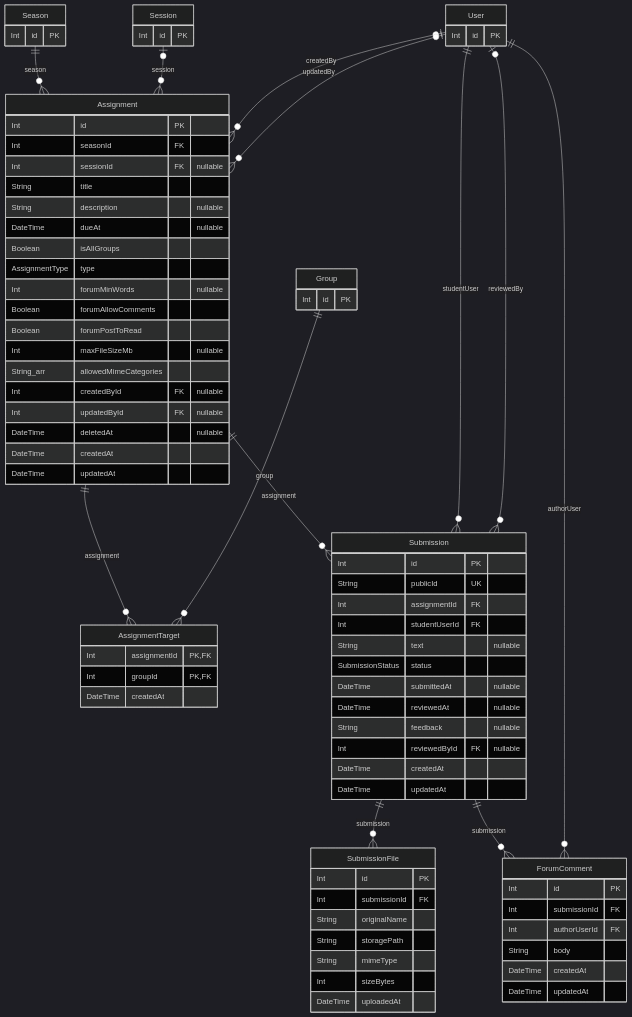
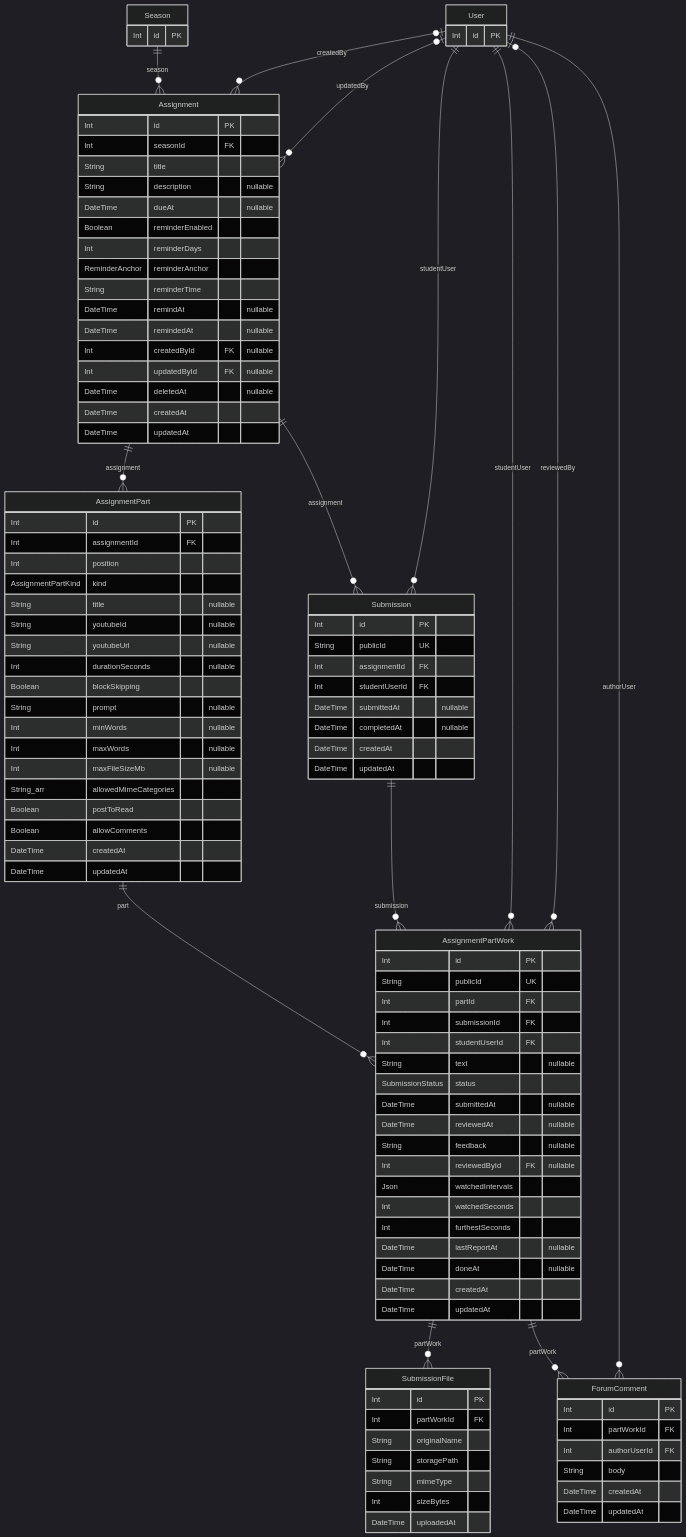
One commit to MarkBotros0/space-v2 changed the fourth of 7 diagrams in docs/database/erd.md. Above: the diagram before and after it, drawn with Mermaid (dark theme). The commit also changed other lines of this file and 14 other files, not shown here.

````diff
--- a/docs/database/erd.md
+++ b/docs/database/erd.md
@@ -284,46 +289,71 @@
 ```mermaid
 erDiagram
   Season ||--o{ Assignment : "season"
-  Session |o--o{ Assignment : "session"
   User |o--o{ Assignment : "createdBy"
   User |o--o{ Assignment : "updatedBy"
-  Assignment ||--o{ AssignmentTarget : "assignment"
-  Group ||--o{ AssignmentTarget : "group"
+  Assignment ||--o{ AssignmentPart : "assignment"
   Assignment ||--o{ Submission : "assignment"
   User ||--o{ Submission : "studentUser"
-  User |o--o{ Submission : "reviewedBy"
-  Submission ||--o{ SubmissionFile : "submission"
-  Submission ||--o{ ForumComment : "submission"
+  AssignmentPart ||--o{ AssignmentPartWork : "part"
+  Submission ||--o{ AssignmentPartWork : "submission"
+  User ||--o{ AssignmentPartWork : "studentUser"
+  User |o--o{ AssignmentPartWork : "reviewedBy"
+  AssignmentPartWork ||--o{ SubmissionFile : "partWork"
+  AssignmentPartWork ||--o{ ForumComment : "partWork"
   User ||--o{ ForumComment : "authorUser"
   Assignment {
     Int id PK
     Int seasonId FK
-    Int sessionId FK "nullable"
     String title
     String description "nullable"
     DateTime dueAt "nullable"
-    Boolean isAllGroups
-    AssignmentType type
-    Int forumMinWords "nullable"
-    Boolean forumAllowComments
-    Boolean forumPostToRead
-    Int maxFileSizeMb "nullable"
-    String_arr allowedMimeCategories
+    Boolean reminderEnabled
+    Int reminderDays
+    ReminderAnchor reminderAnchor
+    String reminderTime
+    DateTime remindAt "nullable"
+    DateTime remindedAt "nullable"
     Int createdById FK "nullable"
     Int updatedById FK "nullable"
     DateTime deletedAt "nullable"
     DateTime createdAt
     DateTime updatedAt
   }
-  AssignmentTarget {
-    Int assignmentId PK, FK
-    Int groupId PK, FK
+  AssignmentPart {
+    Int id PK
+    Int assignmentId FK
+    Int position
+    AssignmentPartKind kind
+    String title "nullable"
+    String youtubeId "nullable"
+    String youtubeUrl "nullable"
+    Int durationSeconds "nullable"
+    Boolean blockSkipping
+    String prompt "nullable"
+    Int minWords "nullable"
+    Int maxWords "nullable"
+    Int maxFileSizeMb "nullable"
+    String_arr allowedMimeCategories
+    Boolean postToRead
+    Boolean allowComments
     DateTime createdAt
+    DateTime updatedAt
   }
   Submission {
     Int id PK
     String publicId UK
     Int assignmentId FK
+    Int studentUserId FK
+    DateTime submittedAt "nullable"
+    DateTime completedAt "nullable"
+    DateTime createdAt
+    DateTime updatedAt
+  }
+  AssignmentPartWork {
+    Int id PK
+    String publicId UK
+    Int partId FK
+    Int submissionId FK
     Int studentUserId FK
     String text "nullable"
     SubmissionStatus status
@@ -331,12 +361,17 @@
     DateTime reviewedAt "nullable"
     String feedback "nullable"
     Int reviewedById FK "nullable"
+    Json watchedIntervals
+    Int watchedSeconds
+    Int furthestSeconds
+    DateTime lastReportAt "nullable"
+    DateTime doneAt "nullable"
     DateTime createdAt
     DateTime updatedAt
   }
   SubmissionFile {
     Int id PK
-    Int submissionId FK
+    Int partWorkId FK
     String originalName
     String storagePath
     String mimeType
@@ -345,19 +380,13 @@
   }
   ForumComment {
     Int id PK
-    Int submissionId FK
+    Int partWorkId FK
     Int authorUserId FK
     String body
     DateTime createdAt
     DateTime updatedAt
   }
-  Group {
-    Int id PK
-  }
   Season {
-    Int id PK
-  }
-  Session {
     Int id PK
   }
   User {
````
